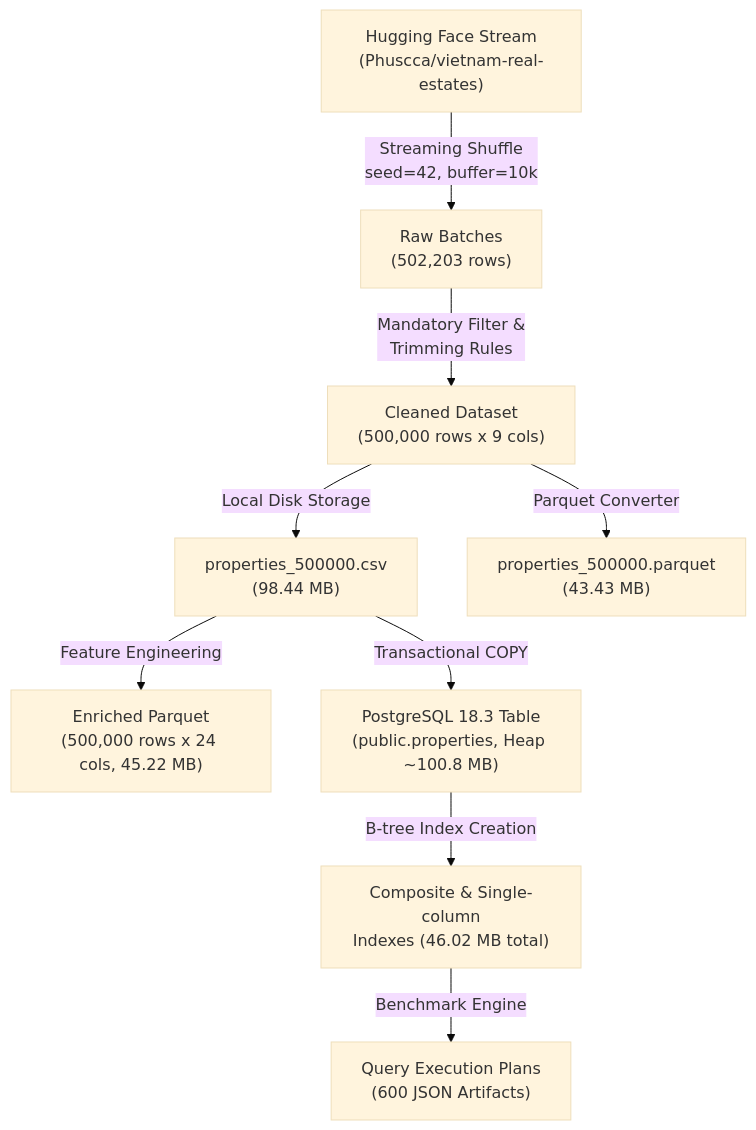
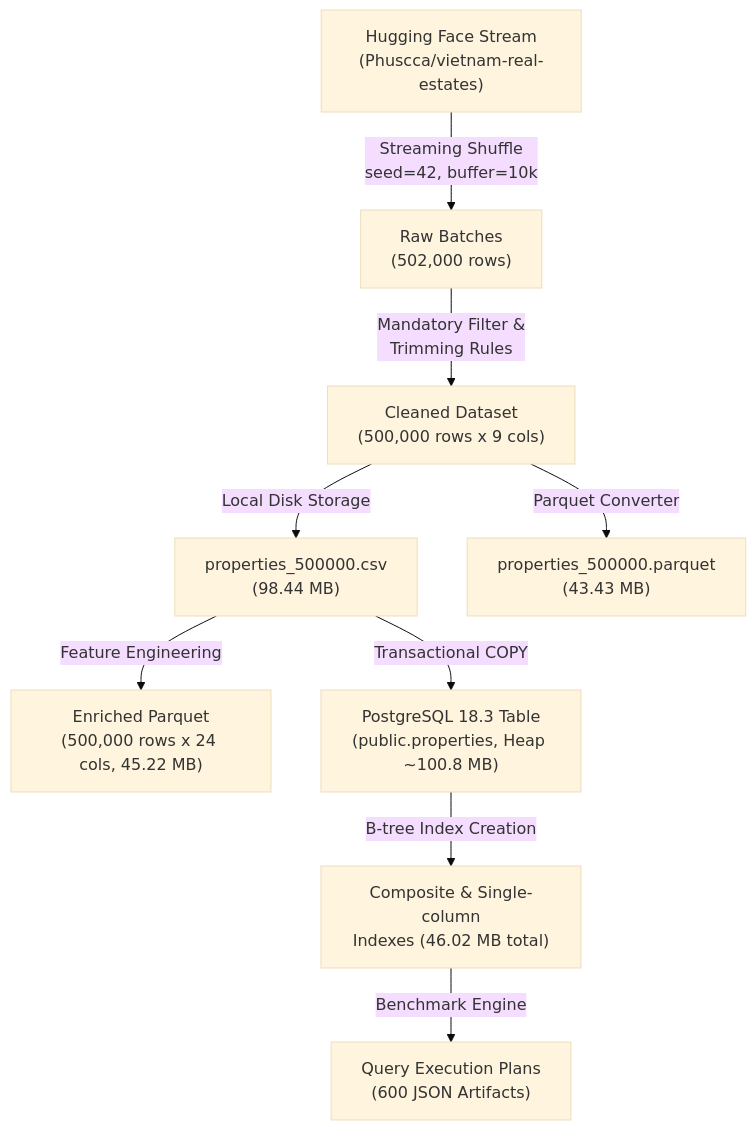
The diagram in report/data_processing_validation.md (Chaumn/real-estate-performance), drawn with Mermaid (base theme) before and after one commit. The commit also changed other lines of this file and 20 other files, not shown here.

````diff
--- a/report/data_processing_validation.md
+++ b/report/data_processing_validation.md
@@ -150,11 +152,11 @@
 ```mermaid
 flowchart TD
-    A["Hugging Face Stream<br>(Phuscca/vietnam-real-estates)"] -->|Streaming Shuffle<br>seed=42, buffer=10k| B["Raw Batches<br>(502,203 rows)"]
+    A["Hugging Face Stream<br>(Phuscca/vietnam-real-estates)"] -->|Streaming Shuffle<br>seed=42, buffer=10k| B["Raw Batches<br>(502,000 rows)"]
     B -->|Mandatory Filter &<br>Trimming Rules| C["Cleaned Dataset<br>(500,000 rows x 9 cols)"]
     C -->|Local Disk Storage| D1["properties_500000.csv<br>(98.44 MB)"]
     C -->|Parquet Converter| D2["properties_500000.parquet<br>(43.43 MB)"]
     D1 -->|Feature Engineering| E["Enriched Parquet<br>(500,000 rows x 24 cols, 45.22 MB)"]
     D1 -->|Transactional COPY| F["PostgreSQL 18.3 Table<br>(public.properties, Heap ~100.8 MB)"]
     F -->|B-tree Index Creation| G["Composite & Single-column<br>Indexes (46.02 MB total)"]
     G -->|Benchmark Engine| H["Query Execution Plans<br>(600 JSON Artifacts)"]
 ```
````
